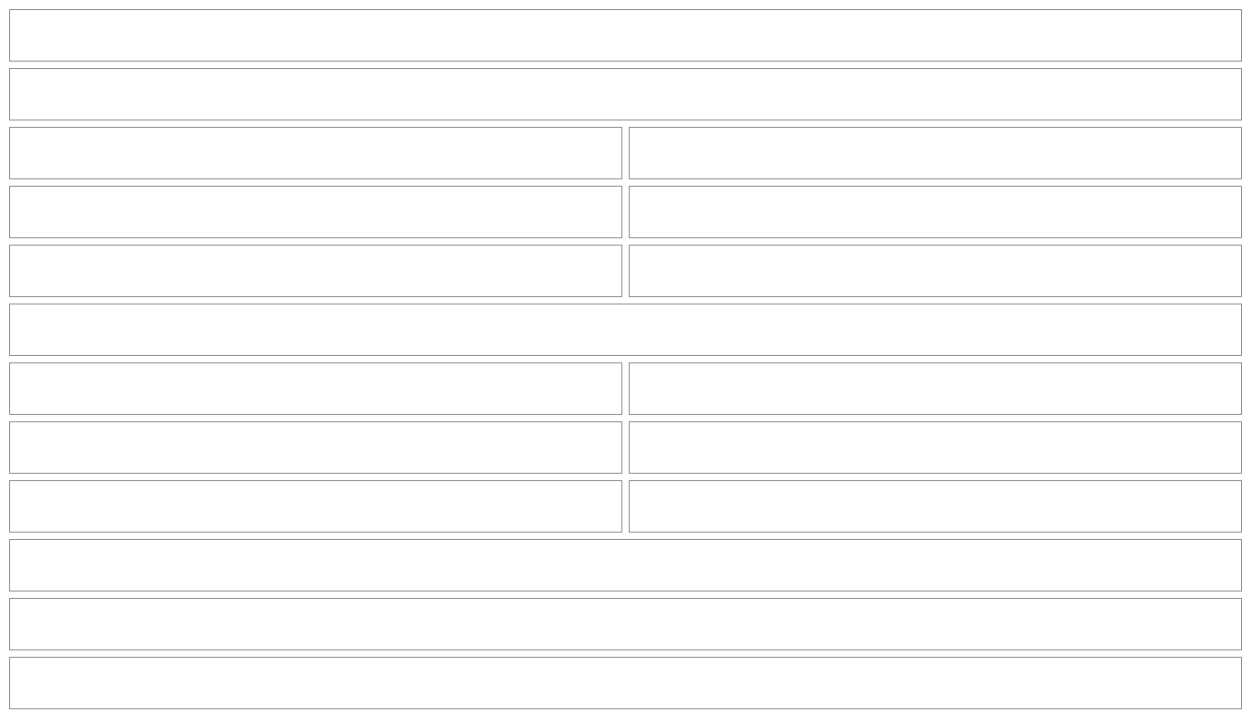
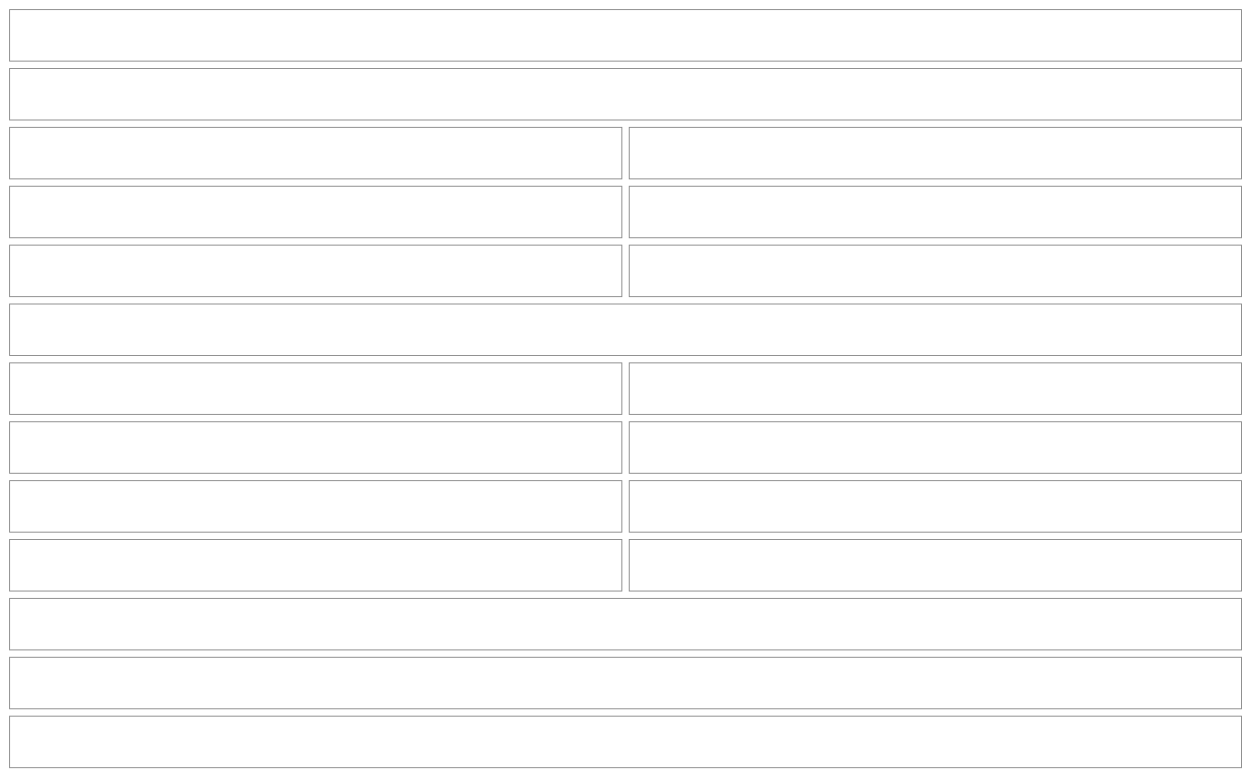
Diagram 11 of 54 in src/apps/pinch/UX.md (NovaMoonX/moondreams-dev-apps), drawn with Mermaid before and after one commit. The commit also changed other lines of this file and 4 other files, not shown here.

First line of the commit message:
Pinch round 7 docs: the averages line, Show averages, and the round tick for a cooked meal

````diff
--- a/src/apps/pinch/UX.md
+++ b/src/apps/pinch/UX.md
@@ -407,30 +409,34 @@
 ```mermaid
 %%{init: {'theme': 'base', 'themeVariables': {'primaryColor': 'transparent', 'primaryBorderColor': '#888888', 'primaryTextColor': '#333333', 'lineColor': '#888888'}}}%%
 block-beta
   columns 2
   V1["View options"]:2
   V1a["NUTRITION, EVERYWHERE"]:2
   V1b["🔥 Calories"]:1
   V1c["◯ off"]:1
   V1d["💪 Protein · Also shows the price per gram of protein"]:1
   V1e["◯ off"]:1
   V1f["🌾 Carbs   🥑 Fat"]:1
   V1g["◯ off"]:1
-  V1h["ON THIS LIST"]:2
+  V1h["ON THIS LIST (ON THE CALENDAR on the Calendar)"]:2
+  V1i["Show averages (Calendar only) · Avg per meal and daily nutrition, under the total"]:1
+  V1j["◉ on"]:1
   V2["Show prices (on the Calendar: each Week meal row)"]:1
   V3["◉ on"]:1
   V4["Show calories and macros"]:1
   V5["◯ off"]:1
   V5b["Show what's in stock (Recipes and Saved meals only)"]:1
   V5c["◉ on"]:1
   V6["Nutrition numbers (Kitchen only, once a number is on)<br/>Per serving   [ Per 100 g ]"]:2
   V6b["About the numbers: nutrition values are approximate, based on USDA FoodData Central. Store logos are provided by Logo.dev and remain their owners' trademarks."]:2
   V7["Reset  ·  Done"]:2
   style V1 fill:transparent,stroke:#888888,stroke-width:1px;
+  style V1i fill:transparent,stroke:#888888,stroke-width:1px;
+  style V1j fill:transparent,stroke:#888888,stroke-width:1px;
   style V2 fill:transparent,stroke:#888888,stroke-width:1px;
   style V3 fill:transparent,stroke:#888888,stroke-width:1px;
   style V4 fill:transparent,stroke:#888888,stroke-width:1px;
   style V5 fill:transparent,stroke:#888888,stroke-width:1px;
   style V6 fill:transparent,stroke:#888888,stroke-width:1px;
   style V7 fill:transparent,stroke:#888888,stroke-width:1px;
 ```
````
